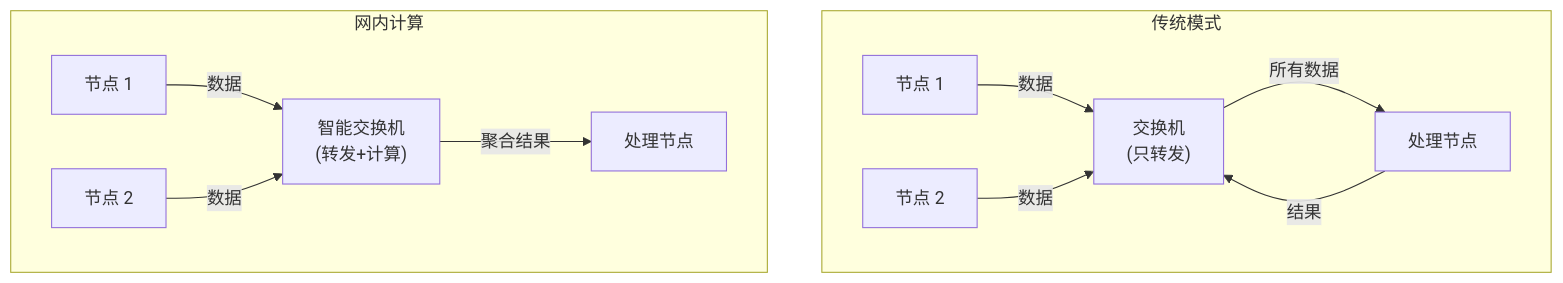
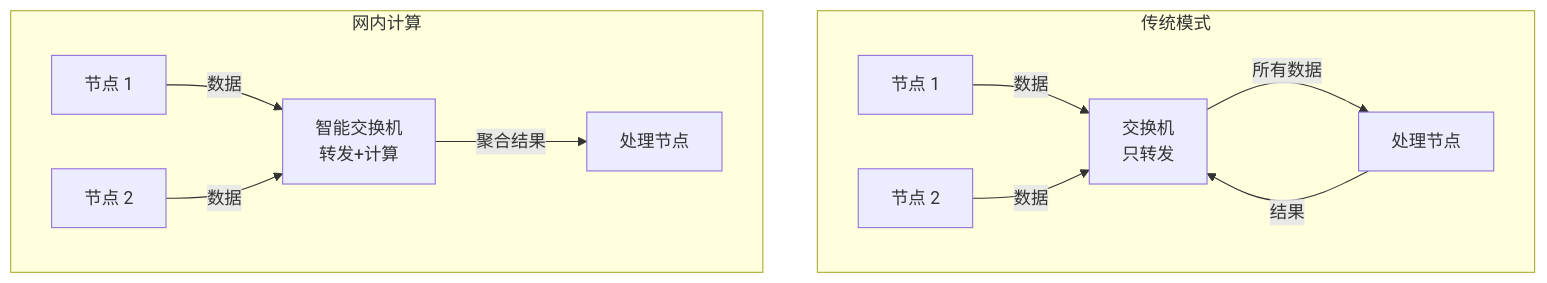
The first of 14 diagrams in content/articles/networking/net-27-网内计算技术详解.md (jpixy/jpixy.github.io), drawn with Mermaid before and after one commit. The commit also changed other lines of this file and 66 other files, not shown here.

Commit message:
fix: resolve Mermaid syntax errors by removing parentheses in node labels

````diff
--- a/content/articles/networking/net-27-网内计算技术详解.md
+++ b/content/articles/networking/net-27-网内计算技术详解.md
@@ -20,15 +20,15 @@
 ```mermaid
 graph TB
     subgraph "传统模式"
-        A1["节点 1"] -->|"数据"| S1["交换机<br/>(只转发)"]
+        A1["节点 1"] -->|"数据"| S1["交换机<br/>只转发"]
         A2["节点 2"] -->|"数据"| S1
         S1 -->|"所有数据"| R1["处理节点"]
         R1 -->|"结果"| S1
     end
     
     subgraph "网内计算"
-        B1["节点 1"] -->|"数据"| S2["智能交换机<br/>(转发+计算)"]
+        B1["节点 1"] -->|"数据"| S2["智能交换机<br/>转发+计算"]
         B2["节点 2"] -->|"数据"| S2
         S2 -->|"聚合结果"| R2["处理节点"]
     end
 ```
````
